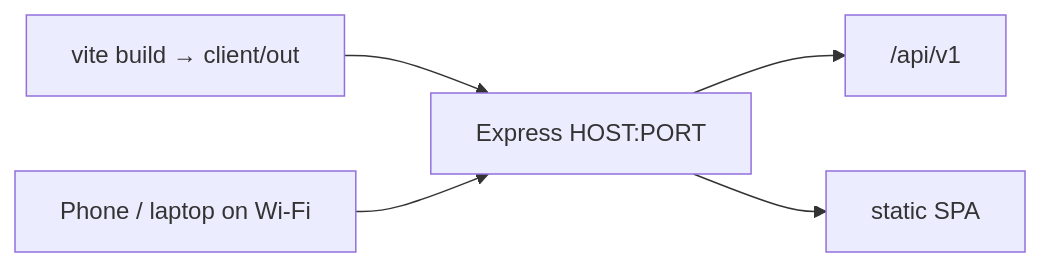
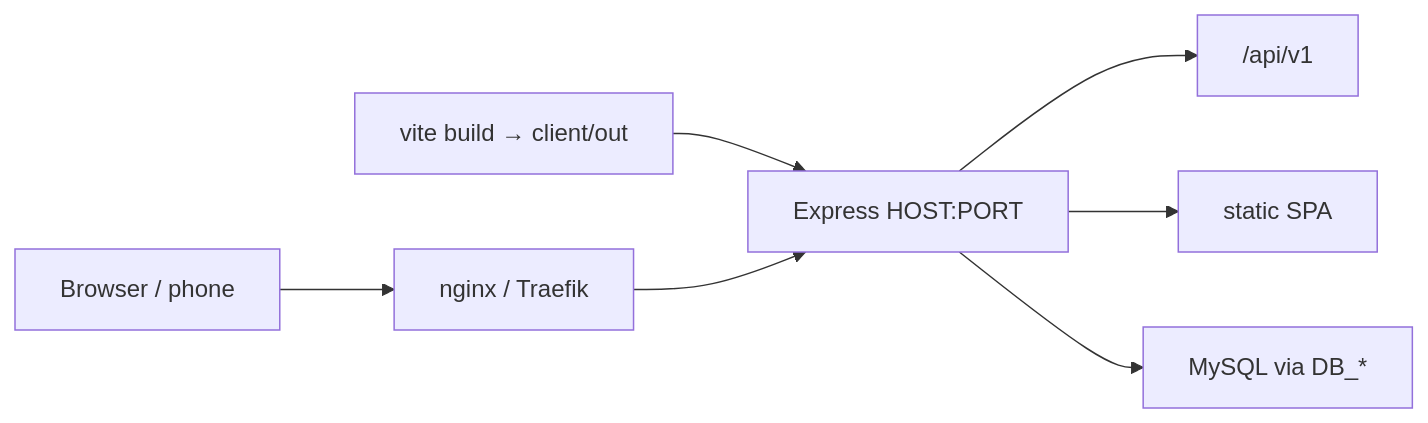
Before and after one commit to raghulje/AssetManagement_Mobility: the diagram in DEPLOY.md, drawn with Mermaid. The commit also changed other lines of this file and 39 other files, not shown here.

````diff
--- a/DEPLOY.md
+++ b/DEPLOY.md
@@ -5,7 +11,9 @@
 ```mermaid
 flowchart LR
   Build["vite build → client/out"] --> Node["Express HOST:PORT"]
-  Phone["Phone / laptop on Wi‑Fi"] --> Node
+  Users["Browser / phone"] --> Proxy["nginx / Traefik"]
+  Proxy --> Node
   Node --> API["/api/v1"]
   Node --> SPA["static SPA"]
+  Node --> DB["MySQL via DB_*"]
 ```
````
